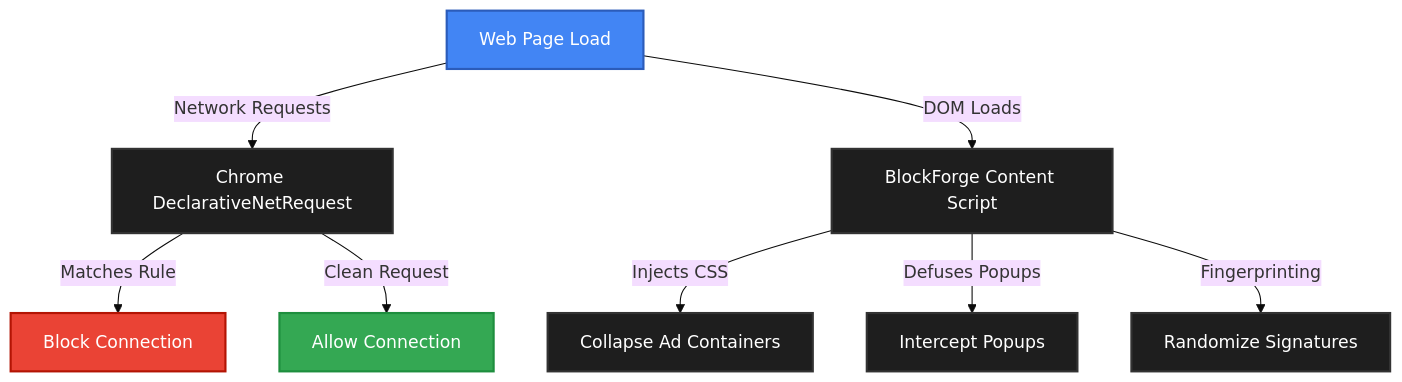
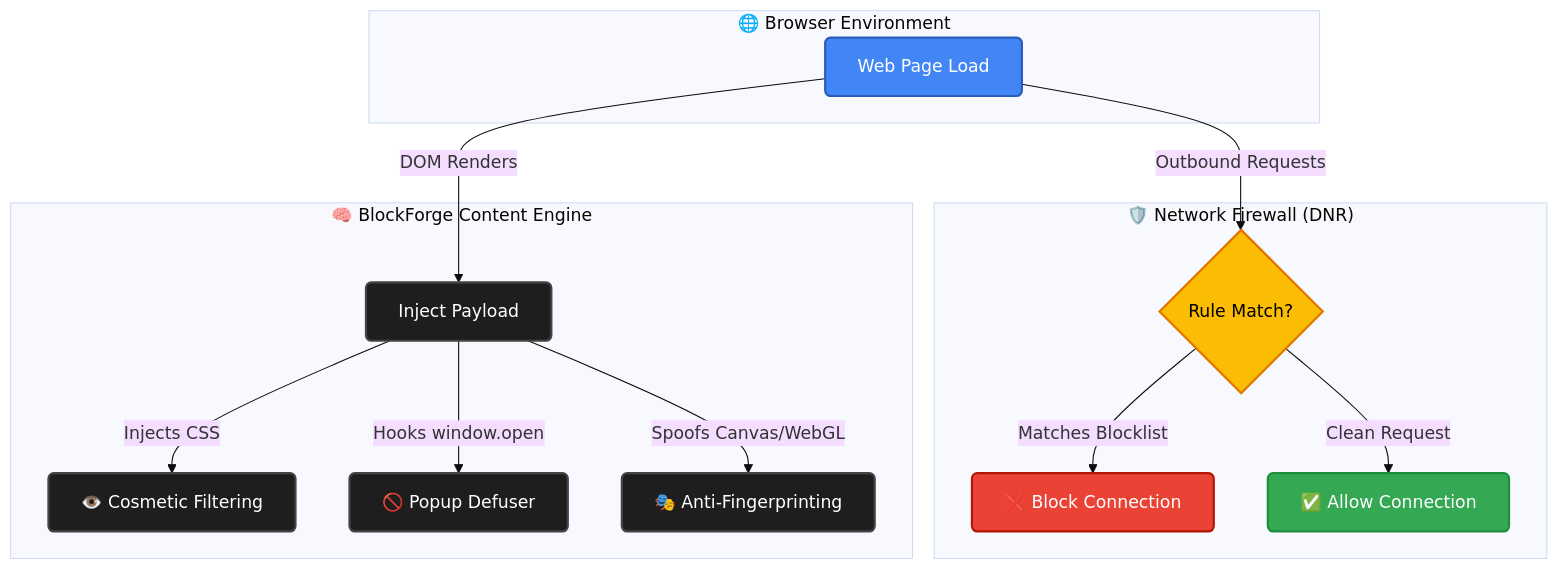
Before and after one commit to saksham-dev07/Blockforge-Ad-Block-Extension-: the diagram in README.md, drawn with Mermaid (base theme).

Commit message:
docs: update architecture mermaid diagram in README to reflect new component structure

````diff
--- a/README.md
+++ b/README.md
@@ -45,20 +45,39 @@
 ```mermaid
 graph TD
-    A[Web Page Load] -->|Network Requests| B[Chrome DeclarativeNetRequest]
-    B -->|Matches Rule| C[Block Connection]
-    B -->|Clean Request| D[Allow Connection]
+    subgraph Browser ["🌐 Browser Environment"]
+        A[Web Page Load]
+    end
+
+    subgraph Network ["🛡️ Network Firewall (DNR)"]
+        B{Rule Match?}
+        C[❌ Block Connection]
+        D[✅ Allow Connection]
+    end
+
+    subgraph DOM ["🧠 BlockForge Content Engine"]
+        E[Inject Payload]
+        F[👁️ Cosmetic Filtering]
+        G[🚫 Popup Defuser]
+        H[🎭 Anti-Fingerprinting]
+    end
+
+    A -->|Outbound Requests| B
+    B -->|Matches Blocklist| C
+    B -->|Clean Request| D
     
-    A -->|DOM Loads| E[BlockForge Content Script]
-    E -->|Injects CSS| F[Collapse Ad Containers]
-    E -->|Defuses Popups| G[Intercept Popups]
-    E -->|Fingerprinting| H[Randomize Signatures]
-    
-    classDef default fill:#1e1e1e,stroke:#333,stroke-width:2px,color:#fff;
-    classDef primary fill:#4285f4,stroke:#2b5cba,stroke-width:2px,color:#fff;
+    A -->|DOM Renders| E
+    E -->|Injects CSS| F
+    E -->|Hooks window.open| G
+    E -->|Spoofs Canvas/WebGL| H
+
+    classDef default fill:#1e1e1e,stroke:#444,stroke-width:2px,color:#fff,rx:5px,ry:5px;
+    classDef startNode fill:#4285f4,stroke:#2b5cba,stroke-width:2px,color:#fff;
     classDef blocked fill:#ea4335,stroke:#b31404,stroke-width:2px,color:#fff;
     classDef allowed fill:#34a853,stroke:#1e8e3e,stroke-width:2px,color:#fff;
+    classDef decision fill:#fbbc04,stroke:#e37400,stroke-width:2px,color:#000;
     
-    class A primary
+    class A startNode
+    class B decision
     class C blocked
     class D allowed
 ```
````
